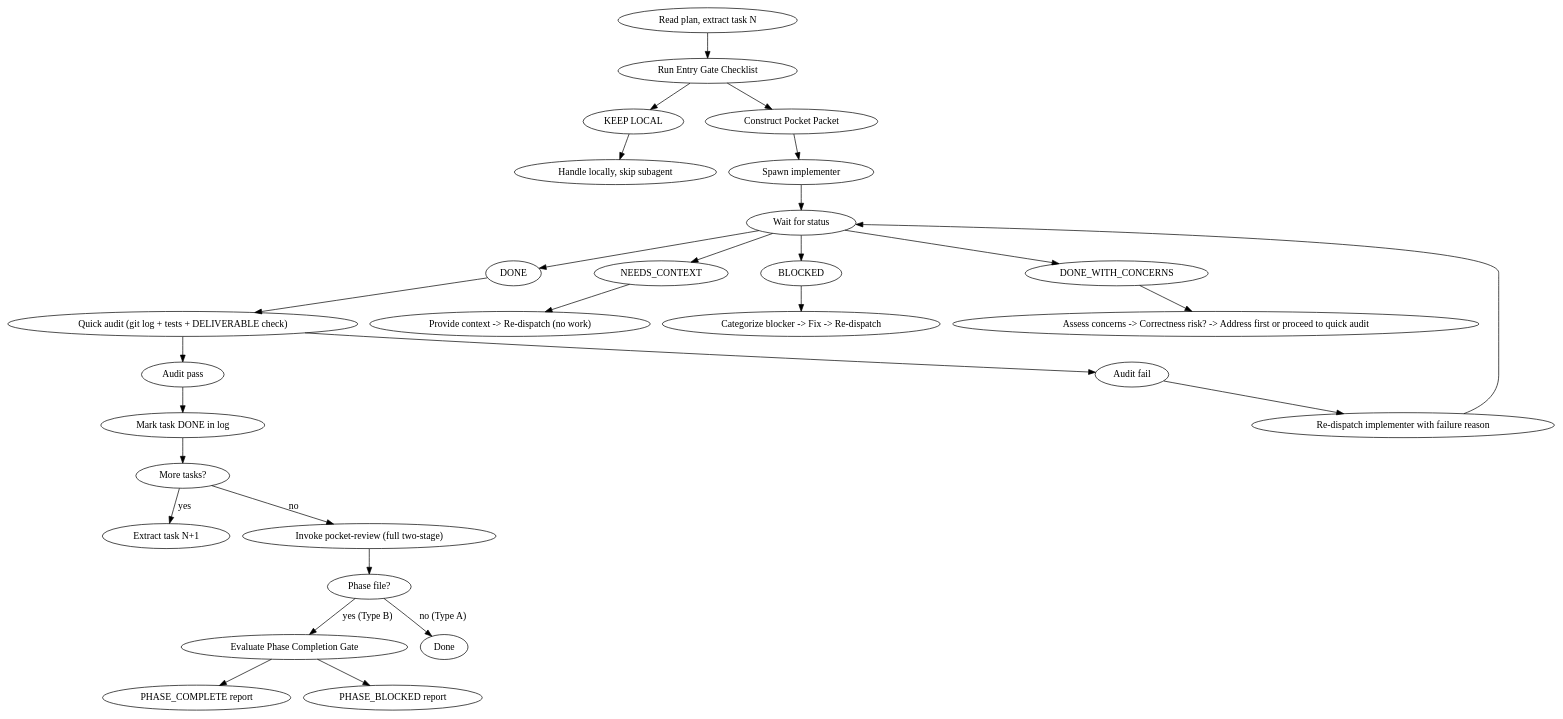
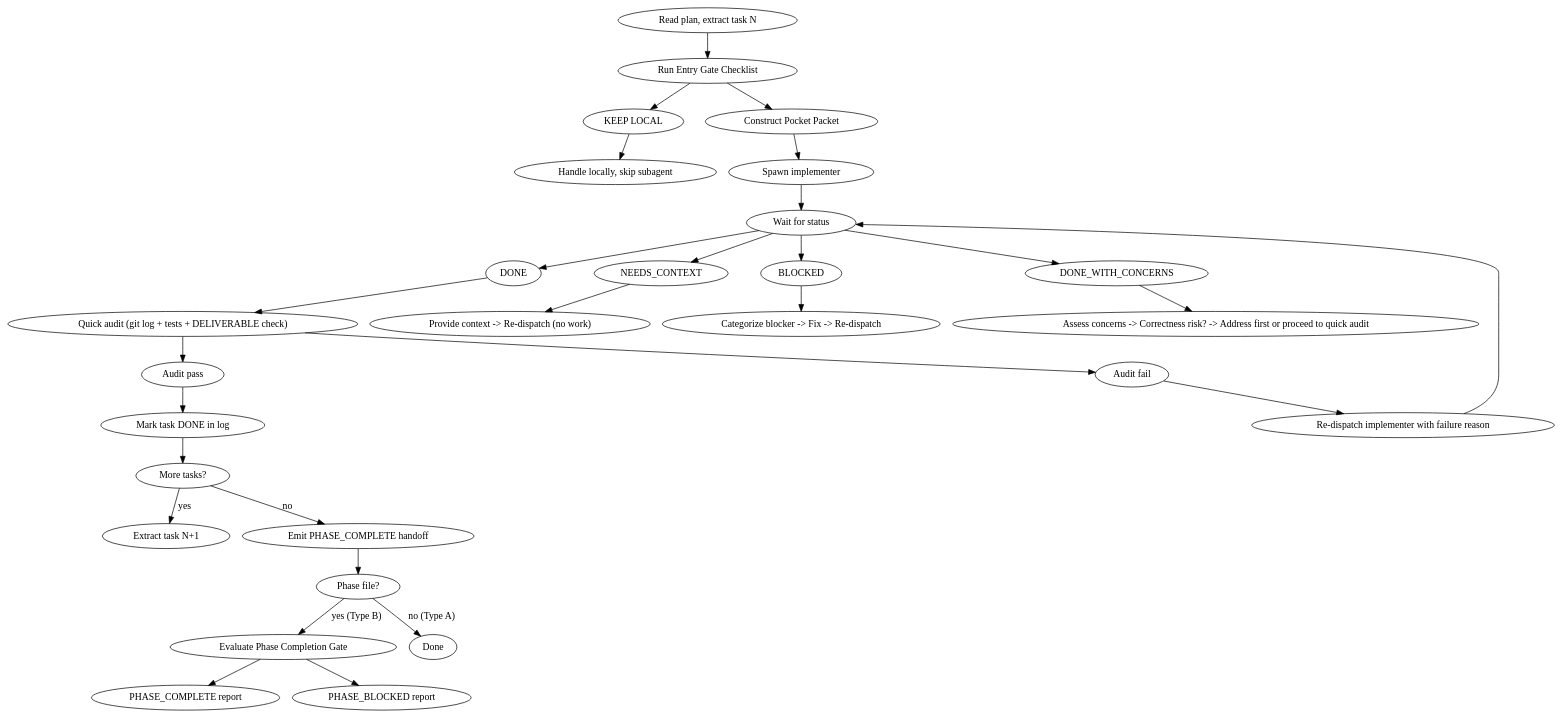
One commit to rfxlamia/pocketto changed the diagram in skills/pocket-development/SKILL.md. Above: the diagram before and after it, drawn with Graphviz. The commit also changed other lines of this file and 3 other files, not shown here.

First line of the commit message:
feat: rework pocket-review to standalone post-phase parallel subagent model

````diff
--- a/skills/pocket-development/SKILL.md
+++ b/skills/pocket-development/SKILL.md
@@ -327,31 +327,31 @@
 ```dot
 digraph pocket_process {
     rankdir=TB;
 
     "Read plan, extract task N" -> "Run Entry Gate Checklist";
     "Run Entry Gate Checklist" -> { "KEEP LOCAL" "Construct Pocket Packet" };
     "KEEP LOCAL" -> "Handle locally, skip subagent";
     "Construct Pocket Packet" -> "Spawn implementer";
     "Spawn implementer" -> "Wait for status";
 
     "Wait for status" -> { "DONE" "NEEDS_CONTEXT" "BLOCKED" "DONE_WITH_CONCERNS" };
 
     "DONE" -> "Quick audit (git log + tests + DELIVERABLE check)";
     "Quick audit (git log + tests + DELIVERABLE check)" -> { "Audit pass" "Audit fail" };
     "Audit pass" -> "Mark task DONE in log";
     "Audit fail" -> "Re-dispatch implementer with failure reason";
     "Re-dispatch implementer with failure reason" -> "Wait for status";
 
     "NEEDS_CONTEXT" -> "Provide context -> Re-dispatch (no work)";
     "BLOCKED" -> "Categorize blocker -> Fix -> Re-dispatch";
     "DONE_WITH_CONCERNS" -> "Assess concerns -> Correctness risk? -> Address first or proceed to quick audit";
 
     "Mark task DONE in log" -> "More tasks?";
     "More tasks?" -> "Extract task N+1" [label="yes"];
-    "More tasks?" -> "Invoke pocket-review (full two-stage)" [label="no"];
-    "Invoke pocket-review (full two-stage)" -> "Phase file?";
+    "More tasks?" -> "Emit PHASE_COMPLETE handoff" [label="no"];
+    "Emit PHASE_COMPLETE handoff" -> "Phase file?";
     "Phase file?" -> "Evaluate Phase Completion Gate" [label="yes (Type B)"];
     "Phase file?" -> "Done" [label="no (Type A)"];
     "Evaluate Phase Completion Gate" -> { "PHASE_COMPLETE report" "PHASE_BLOCKED report" };
 }
 ```
````
